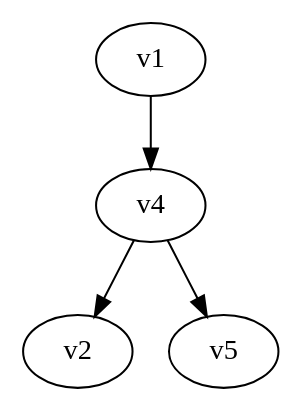
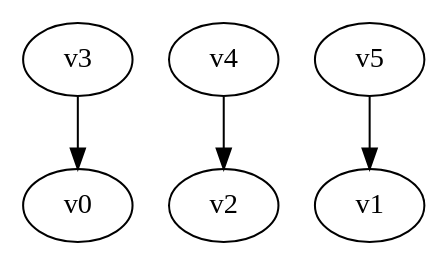
The diagram in digraph.dot (yadej/graph_project), drawn with Graphviz before and after one commit. The commit also changed 1 other file, not shown here.

```diff
--- a/digraph.dot
+++ b/digraph.dot
@@ -1,5 +1,5 @@
 digraph G { 
-v1 -> v4;
+v3 -> v0;
 v4 -> v2;
-v4 -> v5;
+v5 -> v1;
 }
```
